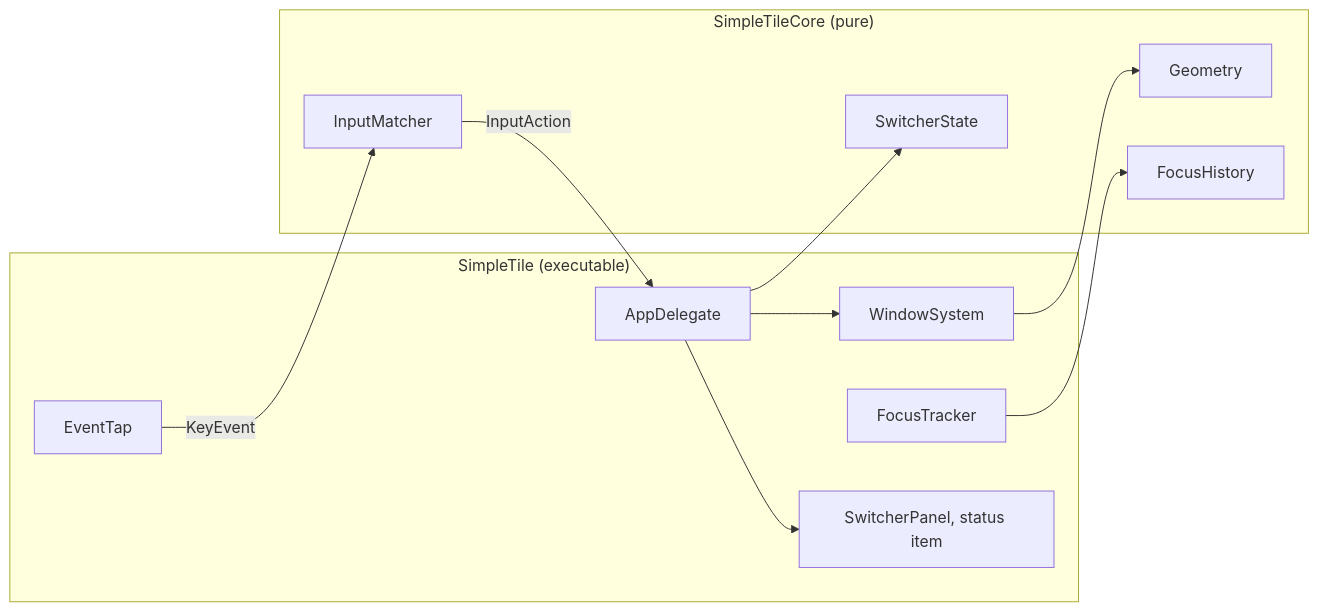
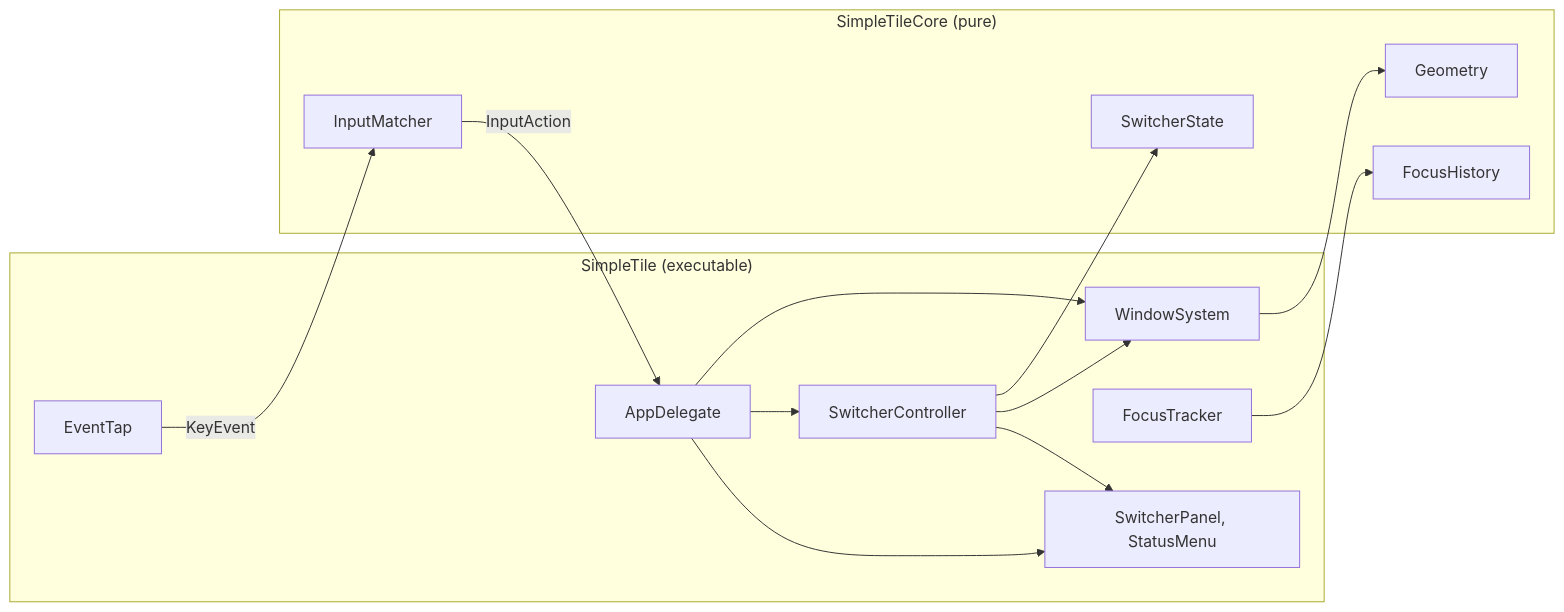
One commit to BlazejNowicki/simpletile changed the first of 2 diagrams in docs/03-architecture.md. Above: the diagram before and after it, drawn with Mermaid. The commit also changed other lines of this file and 4 other files, not shown here.

Commit message:
Split AppDelegate into SwitcherController and StatusMenu

````diff
--- a/docs/03-architecture.md
+++ b/docs/03-architecture.md
@@ -9,23 +9,27 @@
 ```mermaid
 flowchart LR
     subgraph Shell["SimpleTile (executable)"]
         Tap[EventTap]
         App[AppDelegate]
         WS[WindowSystem]
         FT[FocusTracker]
-        UI[SwitcherPanel, status item]
+        SC[SwitcherController]
+        UI[SwitcherPanel, StatusMenu]
     end
     subgraph Core["SimpleTileCore (pure)"]
         IM[InputMatcher]
         GEO[Geometry]
         SW[SwitcherState]
         FH[FocusHistory]
     end
     Tap -- KeyEvent --> IM
     IM -- InputAction --> App
     App --> WS
-    App --> SW
+    App --> SC
     App --> UI
+    SC --> SW
+    SC --> WS
+    SC --> UI
     FT --> FH
     WS --> GEO
 ```
````
